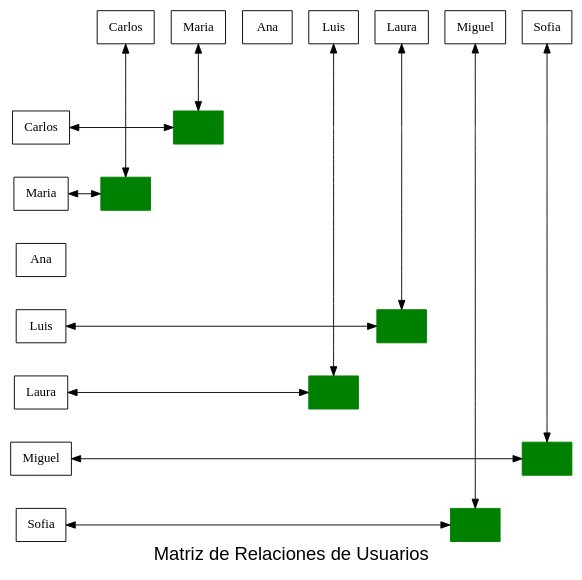
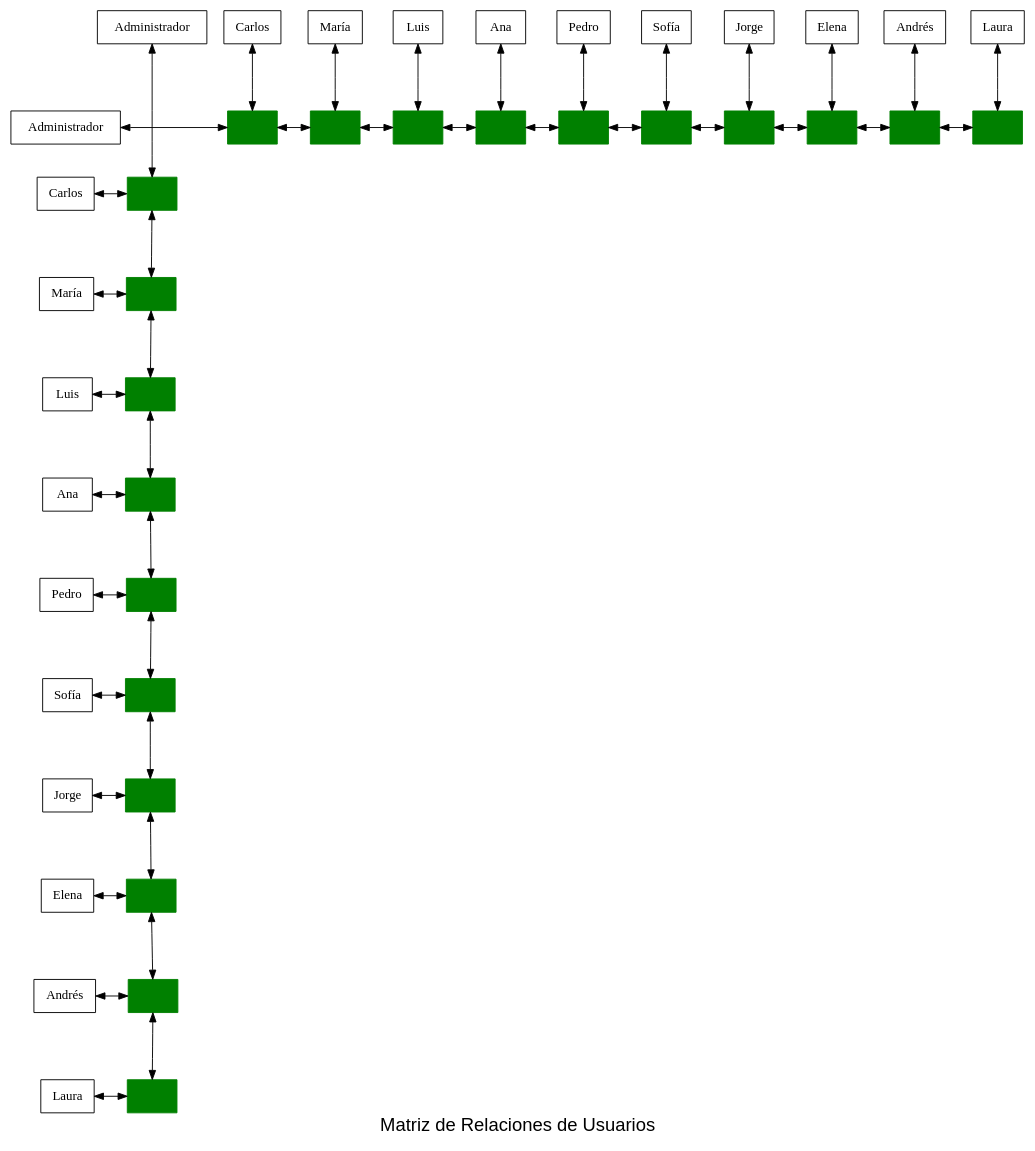
The diagram in Fase2/build/Desktop_Qt_6_7_2_MinGW_64_bit-Debug/matriz_relacion.dot (D3r3-k/-EDD-Proyecto_202001151), drawn with Graphviz before and after one commit. The commit also changed 58 other files, not shown here.

```diff
--- a/Fase2/build/Desktop_Qt_6_7_2_MinGW_64_bit-Debug/matriz_relacion.dot
+++ b/Fase2/build/Desktop_Qt_6_7_2_MinGW_64_bit-Debug/matriz_relacion.dot
@@ -1,64 +1,136 @@
 digraph G {
 node [shape=box];
 rankdir=TB;
 label="Matriz de Relaciones de Usuarios" fontsize=20 fontname="Arial";
 // Definir encabezados de filas
+fila0 [label="Administrador", group=1];
 fila2 [label="Carlos", group=1];
-fila3 [label="Maria", group=1];
+fila3 [label="María", group=1];
+fila4 [label="Luis", group=1];
 fila5 [label="Ana", group=1];
-fila6 [label="Luis", group=1];
-fila7 [label="Laura", group=1];
-fila10 [label="Miguel", group=1];
-fila11 [label="Sofia", group=1];
+fila6 [label="Pedro", group=1];
+fila7 [label="Sofía", group=1];
+fila8 [label="Jorge", group=1];
+fila9 [label="Elena", group=1];
+fila10 [label="Andrés", group=1];
+fila11 [label="Laura", group=1];
 // Definir encabezados de columnas
+col0 [label="Administrador", group=1];
 col2 [label="Carlos", group=3];
-col3 [label="Maria", group=4];
+col3 [label="María", group=4];
+col4 [label="Luis", group=5];
 col5 [label="Ana", group=6];
-col6 [label="Luis", group=7];
-col7 [label="Laura", group=8];
-col10 [label="Miguel", group=11];
-col11 [label="Sofia", group=12];
-{ rank=same; col2; col3; col5; col6; col7; col10; col11; }
+col6 [label="Pedro", group=7];
+col7 [label="Sofía", group=8];
+col8 [label="Jorge", group=9];
+col9 [label="Elena", group=10];
+col10 [label="Andrés", group=11];
+col11 [label="Laura", group=12];
+{ rank=same; col0; col2; col3; col4; col5; col6; col7; col8; col9; col10; col11; }
 // Definir nodos en las coordenadas especificadas
-nodo2_3 [label="", color=green, style=filled, group=4];
-nodo3_2 [label="", color=green, style=filled, group=3];
-nodo6_7 [label="", color=green, style=filled, group=8];
-nodo7_6 [label="", color=green, style=filled, group=7];
-nodo10_11 [label="", color=green, style=filled, group=12];
-nodo11_10 [label="", color=green, style=filled, group=11];
+nodo0_2 [label="", color=green, style=filled, group=3];
+nodo0_3 [label="", color=green, style=filled, group=4];
+nodo0_4 [label="", color=green, style=filled, group=5];
+nodo0_5 [label="", color=green, style=filled, group=6];
+nodo0_6 [label="", color=green, style=filled, group=7];
+nodo0_7 [label="", color=green, style=filled, group=8];
+nodo0_8 [label="", color=green, style=filled, group=9];
+nodo0_9 [label="", color=green, style=filled, group=10];
+nodo0_10 [label="", color=green, style=filled, group=11];
+nodo0_11 [label="", color=green, style=filled, group=12];
+nodo2_0 [label="", color=green, style=filled, group=1];
+nodo3_0 [label="", color=green, style=filled, group=1];
+nodo4_0 [label="", color=green, style=filled, group=1];
+nodo5_0 [label="", color=green, style=filled, group=1];
+nodo6_0 [label="", color=green, style=filled, group=1];
+nodo7_0 [label="", color=green, style=filled, group=1];
+nodo8_0 [label="", color=green, style=filled, group=1];
+nodo9_0 [label="", color=green, style=filled, group=1];
+nodo10_0 [label="", color=green, style=filled, group=1];
+nodo11_0 [label="", color=green, style=filled, group=1];
 // Conectar encabezados de filas con nodos y los nodos entre ellos horizontalmente
-fila2 -> nodo2_3 [dir=both, minlen=2];
-fila3 -> nodo3_2 [dir=both, minlen=2];
-fila6 -> nodo6_7 [dir=both, minlen=2];
-fila7 -> nodo7_6 [dir=both, minlen=2];
-fila10 -> nodo10_11 [dir=both, minlen=2];
-fila11 -> nodo11_10 [dir=both, minlen=2];
+fila0 -> nodo0_2 [dir=both, minlen=2];
+nodo0_2 -> nodo0_3 [dir=both, minlen=2];
+nodo0_3 -> nodo0_4 [dir=both, minlen=2];
+nodo0_4 -> nodo0_5 [dir=both, minlen=2];
+nodo0_5 -> nodo0_6 [dir=both, minlen=2];
+nodo0_6 -> nodo0_7 [dir=both, minlen=2];
+nodo0_7 -> nodo0_8 [dir=both, minlen=2];
+nodo0_8 -> nodo0_9 [dir=both, minlen=2];
+nodo0_9 -> nodo0_10 [dir=both, minlen=2];
+nodo0_10 -> nodo0_11 [dir=both, minlen=2];
+fila2 -> nodo2_0 [dir=both, minlen=2];
+fila3 -> nodo3_0 [dir=both, minlen=2];
+fila4 -> nodo4_0 [dir=both, minlen=2];
+fila5 -> nodo5_0 [dir=both, minlen=2];
+fila6 -> nodo6_0 [dir=both, minlen=2];
+fila7 -> nodo7_0 [dir=both, minlen=2];
+fila8 -> nodo8_0 [dir=both, minlen=2];
+fila9 -> nodo9_0 [dir=both, minlen=2];
+fila10 -> nodo10_0 [dir=both, minlen=2];
+fila11 -> nodo11_0 [dir=both, minlen=2];
 // Conectar encabezados de columnas con nodos y los nodos entre ellos verticalmente
-col2 -> nodo3_2 [dir=both, minlen=2];
-col3 -> nodo2_3 [dir=both, minlen=2];
-col6 -> nodo7_6 [dir=both, minlen=2];
-col7 -> nodo6_7 [dir=both, minlen=2];
-col10 -> nodo11_10 [dir=both, minlen=2];
-col11 -> nodo10_11 [dir=both, minlen=2];
+col0 -> nodo2_0 [dir=both, minlen=2];
+nodo2_0 -> nodo3_0 [dir=both, minlen=2];
+nodo3_0 -> nodo4_0 [dir=both, minlen=2];
+nodo4_0 -> nodo5_0 [dir=both, minlen=2];
+nodo5_0 -> nodo6_0 [dir=both, minlen=2];
+nodo6_0 -> nodo7_0 [dir=both, minlen=2];
+nodo7_0 -> nodo8_0 [dir=both, minlen=2];
+nodo8_0 -> nodo9_0 [dir=both, minlen=2];
+nodo9_0 -> nodo10_0 [dir=both, minlen=2];
+nodo10_0 -> nodo11_0 [dir=both, minlen=2];
+col2 -> nodo0_2 [dir=both, minlen=2];
+col3 -> nodo0_3 [dir=both, minlen=2];
+col4 -> nodo0_4 [dir=both, minlen=2];
+col5 -> nodo0_5 [dir=both, minlen=2];
+col6 -> nodo0_6 [dir=both, minlen=2];
+col7 -> nodo0_7 [dir=both, minlen=2];
+col8 -> nodo0_8 [dir=both, minlen=2];
+col9 -> nodo0_9 [dir=both, minlen=2];
+col10 -> nodo0_10 [dir=both, minlen=2];
+col11 -> nodo0_11 [dir=both, minlen=2];
 // Mantener los encabezados de filas alineados verticalmente
+fila0 -> fila2 [style=invis];
 fila2 -> fila3 [style=invis];
-fila3 -> fila5 [style=invis];
+fila3 -> fila4 [style=invis];
+fila4 -> fila5 [style=invis];
 fila5 -> fila6 [style=invis];
 fila6 -> fila7 [style=invis];
-fila7 -> fila10 [style=invis];
+fila7 -> fila8 [style=invis];
+fila8 -> fila9 [style=invis];
+fila9 -> fila10 [style=invis];
 fila10 -> fila11 [style=invis];
 // Mantener los nodos de la misma fila en el mismo rango horizontal
-{ rank=same; fila2; nodo2_3 }
-{ rank=same; fila3; nodo3_2 }
-{ rank=same; fila6; nodo6_7 }
-{ rank=same; fila7; nodo7_6 }
-{ rank=same; fila10; nodo10_11 }
-{ rank=same; fila11; nodo11_10 }
+{ rank=same; fila0; nodo0_2 }
+{ rank=same; fila0; nodo0_3 }
+{ rank=same; fila0; nodo0_4 }
+{ rank=same; fila0; nodo0_5 }
+{ rank=same; fila0; nodo0_6 }
+{ rank=same; fila0; nodo0_7 }
+{ rank=same; fila0; nodo0_8 }
+{ rank=same; fila0; nodo0_9 }
+{ rank=same; fila0; nodo0_10 }
+{ rank=same; fila0; nodo0_11 }
+{ rank=same; fila2; nodo2_0 }
+{ rank=same; fila3; nodo3_0 }
+{ rank=same; fila4; nodo4_0 }
+{ rank=same; fila5; nodo5_0 }
+{ rank=same; fila6; nodo6_0 }
+{ rank=same; fila7; nodo7_0 }
+{ rank=same; fila8; nodo8_0 }
+{ rank=same; fila9; nodo9_0 }
+{ rank=same; fila10; nodo10_0 }
+{ rank=same; fila11; nodo11_0 }
 // Conectar las columnas entre sí de forma invisible para mantener el orden
+col0 -> col2 [style=invis];
 col2 -> col3 [style=invis];
-col3 -> col5 [style=invis];
+col3 -> col4 [style=invis];
+col4 -> col5 [style=invis];
 col5 -> col6 [style=invis];
 col6 -> col7 [style=invis];
-col7 -> col10 [style=invis];
+col7 -> col8 [style=invis];
+col8 -> col9 [style=invis];
+col9 -> col10 [style=invis];
 col10 -> col11 [style=invis];
 }
```
